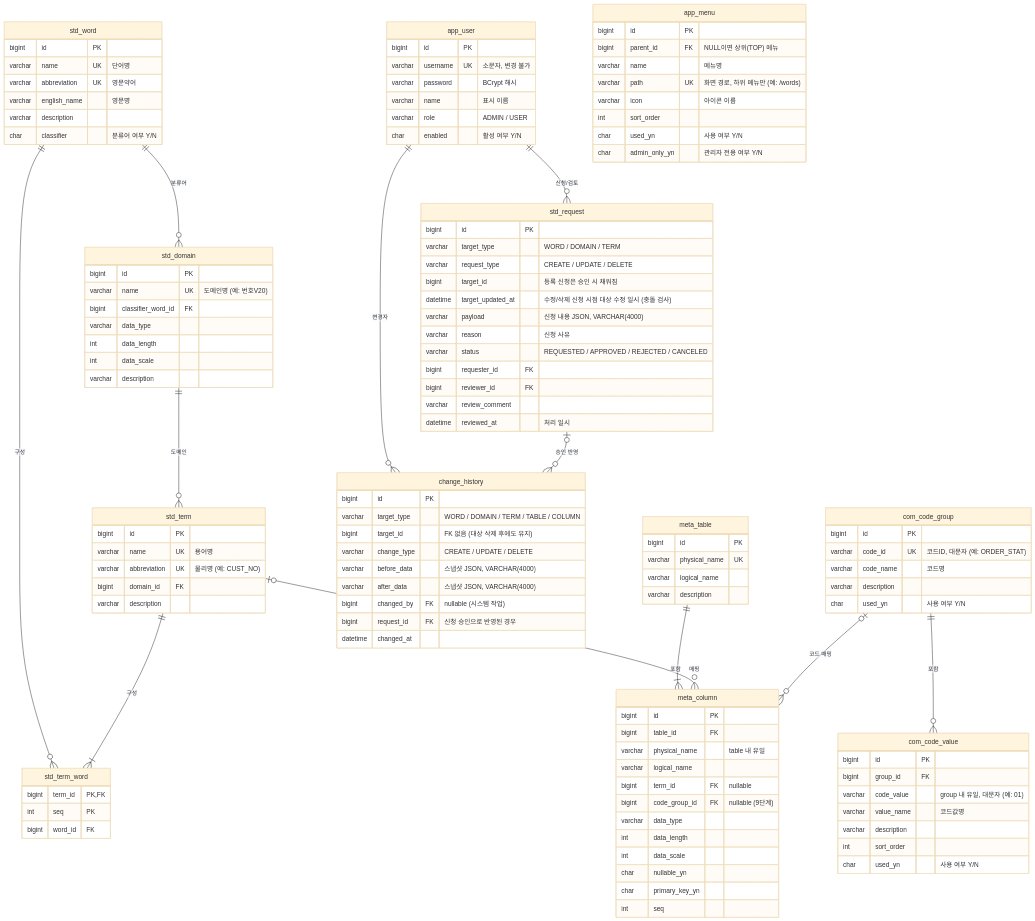
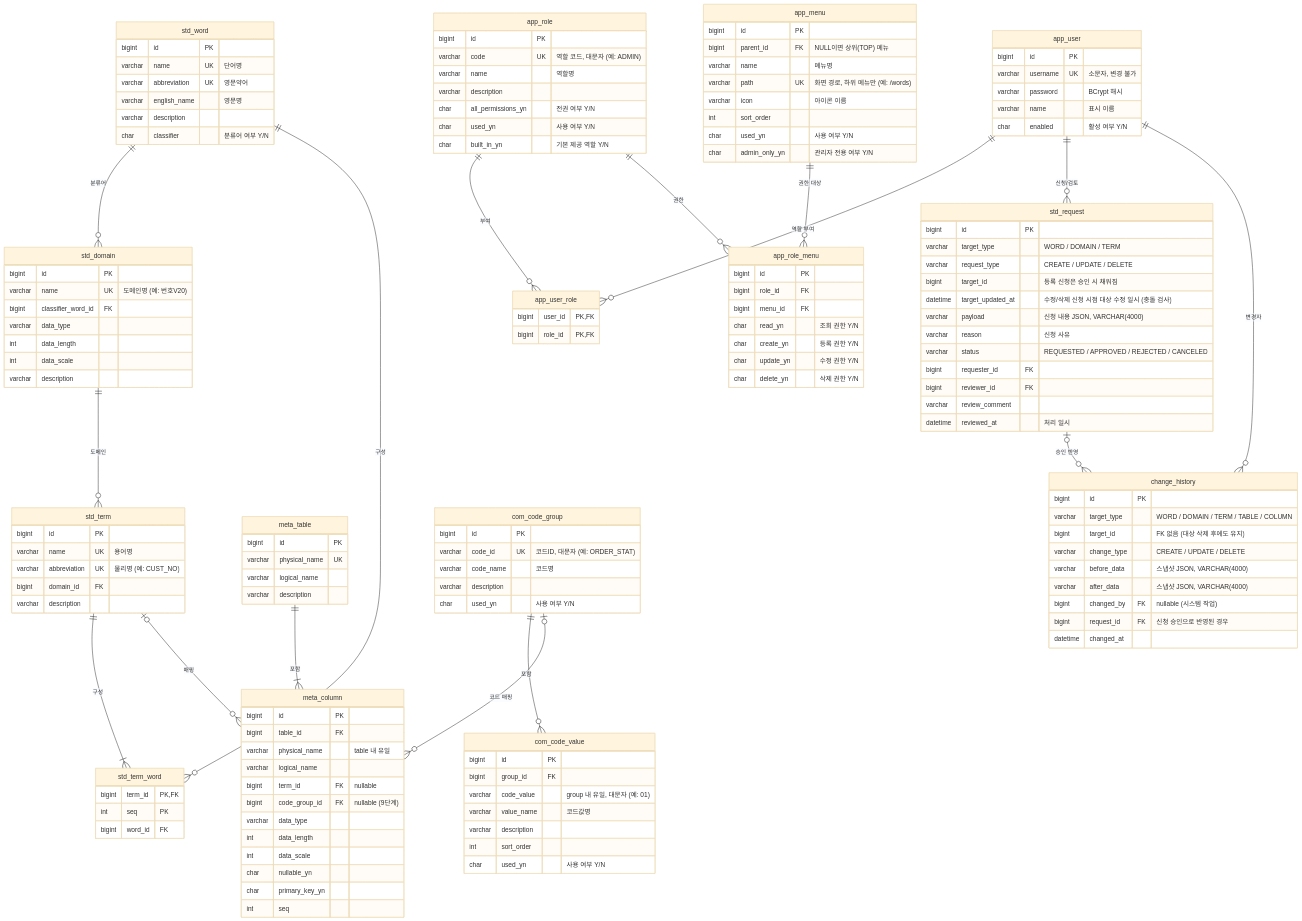
The diagram in docs/design.md (yongjinjung/step), drawn with Mermaid (base theme) before and after one commit. The commit also changed other lines of this file and 111 other files, not shown here.

```diff
--- a/docs/design.md
+++ b/docs/design.md
@@ -106,6 +118,10 @@
     std_domain ||--o{ std_term : "도메인"
     meta_table ||--|{ meta_column : "포함"
     std_term |o--o{ meta_column : "매핑"
+    app_user ||--o{ app_user_role : "역할 부여"
+    app_role ||--o{ app_user_role : "부여"
+    app_role ||--o{ app_role_menu : "권한"
+    app_menu ||--o{ app_role_menu : "권한 대상"
     app_user ||--o{ std_request : "신청/검토"
     app_user ||--o{ change_history : "변경자"
     std_request |o--o{ change_history : "승인 반영"
@@ -166,7 +182,6 @@
         varchar username UK "소문자, 변경 불가"
         varchar password "BCrypt 해시"
         varchar name "표시 이름"
-        varchar role "ADMIN / USER"
         char enabled "활성 여부 Y/N"
     }
     std_request {
@@ -201,6 +216,28 @@
         varchar description
         char used_yn "사용 여부 Y/N"
     }
+    app_role {
+        bigint id PK
+        varchar code UK "역할 코드, 대문자 (예: ADMIN)"
+        varchar name "역할명"
+        varchar description
+        char all_permissions_yn "전권 여부 Y/N"
+        char used_yn "사용 여부 Y/N"
+        char built_in_yn "기본 제공 역할 Y/N"
+    }
+    app_role_menu {
+        bigint id PK
+        bigint role_id FK
+        bigint menu_id FK
+        char read_yn "조회 권한 Y/N"
+        char create_yn "등록 권한 Y/N"
+        char update_yn "수정 권한 Y/N"
+        char delete_yn "삭제 권한 Y/N"
+    }
+    app_user_role {
+        bigint user_id PK, FK
+        bigint role_id PK, FK
+    }
     app_menu {
         bigint id PK
         bigint parent_id FK "NULL이면 상위(TOP) 메뉴"
```
